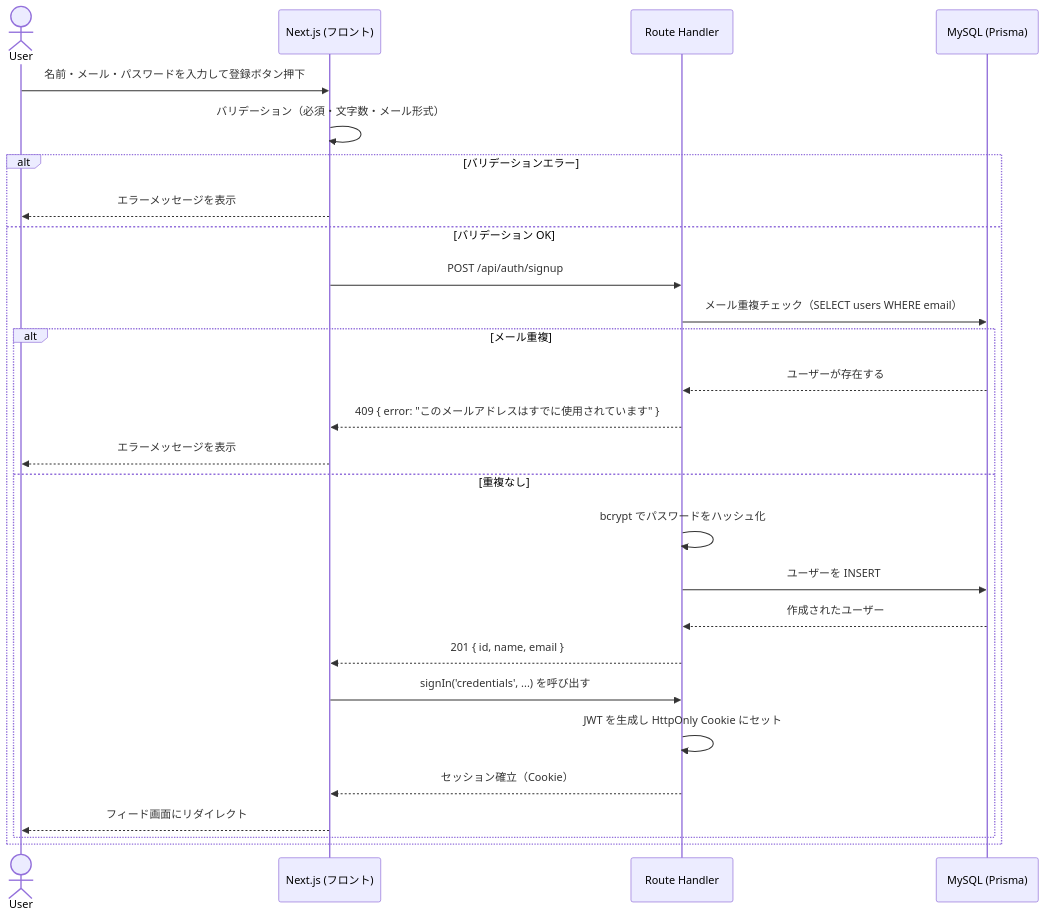
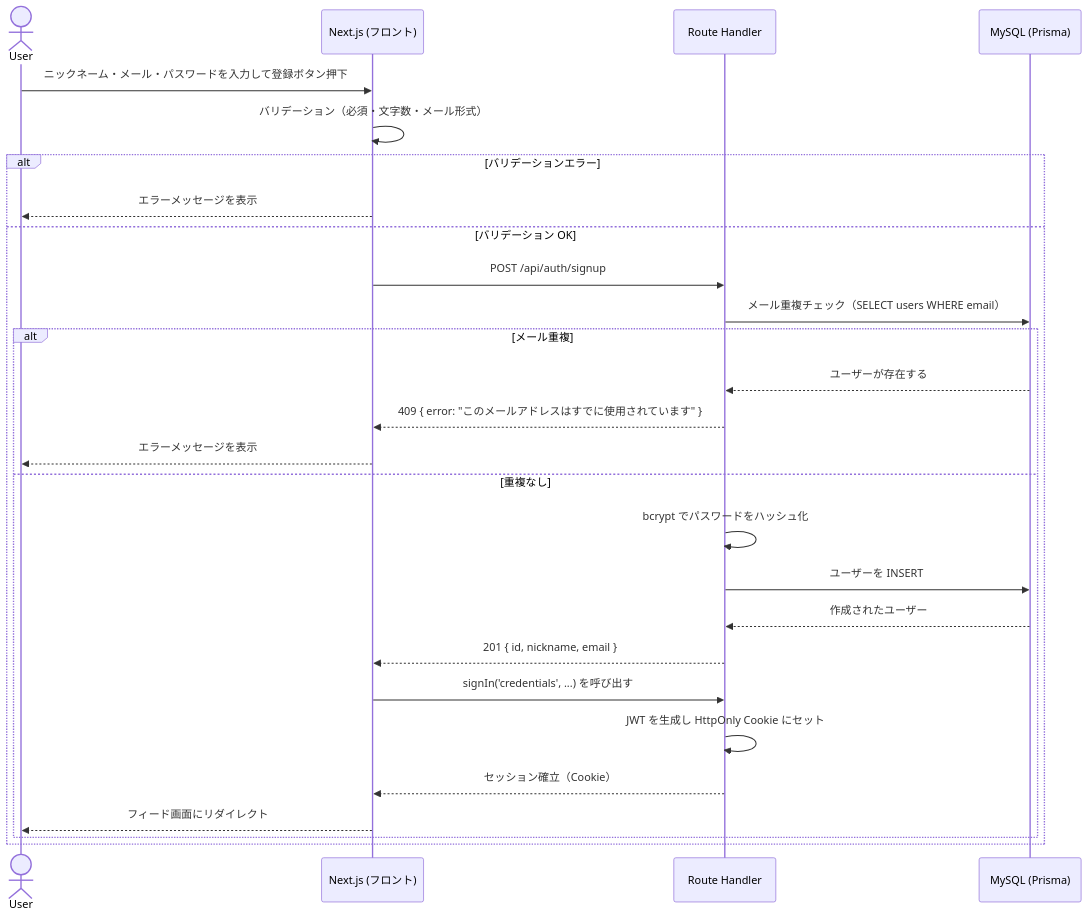
One commit to saki-nakata/TripDiary changed the first of 10 diagrams in docs/シーケンス図.md. Above: the diagram before and after it, drawn with Mermaid. The commit also changed other lines of this file and 23 other files, not shown here.

````diff
--- a/docs/シーケンス図.md
+++ b/docs/シーケンス図.md
@@ -27,30 +27,30 @@
 ```mermaid
 sequenceDiagram
     actor User
     participant FE as Next.js (フロント)
     participant API as Route Handler
     participant DB as MySQL (Prisma)
 
-    User->>FE: 名前・メール・パスワードを入力して登録ボタン押下
+    User->>FE: ニックネーム・メール・パスワードを入力して登録ボタン押下
     FE->>FE: バリデーション（必須・文字数・メール形式）
     alt バリデーションエラー
         FE-->>User: エラーメッセージを表示
     else バリデーション OK
         FE->>API: POST /api/auth/signup
         API->>DB: メール重複チェック（SELECT users WHERE email）
         alt メール重複
             DB-->>API: ユーザーが存在する
             API-->>FE: 409 { error: "このメールアドレスはすでに使用されています" }
             FE-->>User: エラーメッセージを表示
         else 重複なし
             API->>API: bcrypt でパスワードをハッシュ化
             API->>DB: ユーザーを INSERT
             DB-->>API: 作成されたユーザー
-            API-->>FE: 201 { id, name, email }
+            API-->>FE: 201 { id, nickname, email }
             FE->>API: signIn('credentials', ...) を呼び出す
             API->>API: JWT を生成し HttpOnly Cookie にセット
             API-->>FE: セッション確立（Cookie）
             FE-->>User: フィード画面にリダイレクト
         end
     end
 ```
````
